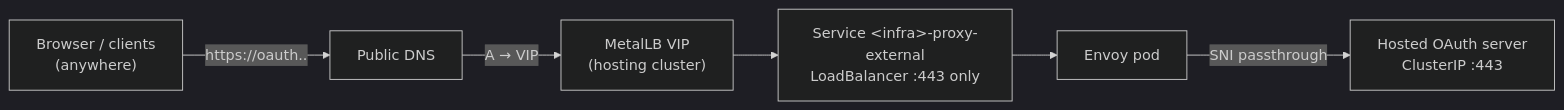
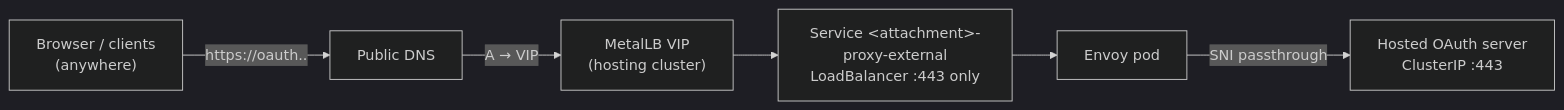
The diagram in website/docs/guides/public-dns-oauth.md (cldmnky/oooi), drawn with Mermaid (dark theme) before and after one commit. The commit also changed other lines of this file and 24 other files, not shown here.

Commit message:
fix: scope external proxy services per attachment

````diff
--- a/website/docs/guides/public-dns-oauth.md
+++ b/website/docs/guides/public-dns-oauth.md
@@ -89,8 +90,8 @@
 ```mermaid
 flowchart LR
     B["Browser / clients<br/>(anywhere)"] -->|"https://oauth.<cluster>.<domain>"| DNS["Public DNS"]
     DNS -->|"A → VIP"| LB["MetalLB VIP<br/>(hosting cluster)"]
-    LB --> SVC["Service &lt;infra&gt;-proxy-external<br/>LoadBalancer :443 only"]
+    LB --> SVC["Service &lt;attachment&gt;-proxy-external<br/>LoadBalancer :443 only"]
     SVC --> E["Envoy pod"]
     E -->|"SNI passthrough"| O["Hosted OAuth server<br/>ClusterIP :443"]
 ```
````
